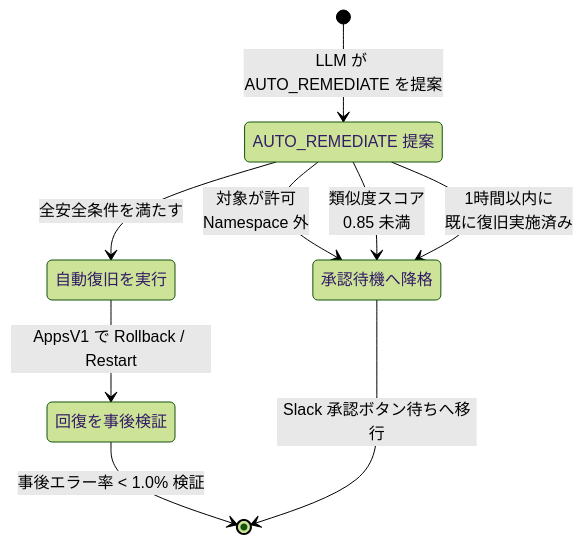
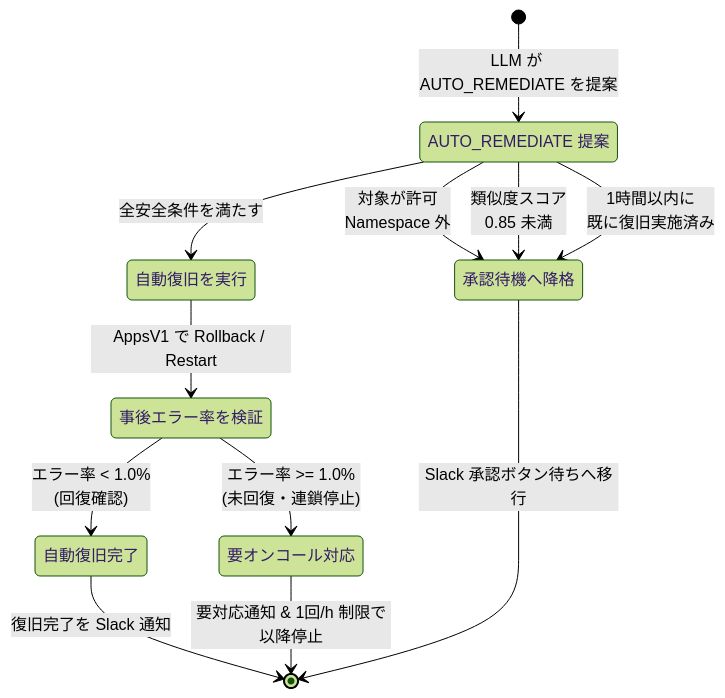
One commit to tyorikan/agentic-sre-handson changed the third of 4 diagrams in docs/04-auto-remediation-and-slack-hitl.md. Above: the diagram before and after it, drawn with Mermaid (forest theme). The commit also changed other lines of this file and 3 other files, not shown here.

Commit message:
docs,slack: clarify post-remediation failure escalation and improve diagrams

````diff
--- a/docs/04-auto-remediation-and-slack-hitl.md
+++ b/docs/04-auto-remediation-and-slack-hitl.md
@@ -67,16 +67,21 @@
 ```mermaid
 stateDiagram-v2
     state "AUTO_REMEDIATE 提案  " as ProposedAuto
     state "承認待機へ降格  " as DowngradedApproval
     state "自動復旧を実行  " as ExecuteAuto
-    state "回復を事後検証  " as PostVerify
+    state "事後エラー率を検証  " as PostVerify
+    state "自動復旧完了  " as Resolved
+    state "要オンコール対応  " as EscalateOnCall
 
     [*] --> ProposedAuto: LLM が AUTO_REMEDIATE を提案
     ProposedAuto --> DowngradedApproval: 対象が許可<br/>Namespace 外
     ProposedAuto --> DowngradedApproval: 類似度スコア<br/>0.85 未満
     ProposedAuto --> DowngradedApproval: 1時間以内に<br/>既に復旧実施済み
     ProposedAuto --> ExecuteAuto: 全安全条件を満たす
     ExecuteAuto --> PostVerify: AppsV1 で Rollback / Restart
-    PostVerify --> [*]: 事後エラー率 < 1.0% 検証
+    PostVerify --> Resolved: エラー率 < 1.0%<br/>(回復確認)
+    PostVerify --> EscalateOnCall: エラー率 >= 1.0%<br/>(未回復・連鎖停止)
+    Resolved --> [*]: 復旧完了を Slack 通知
+    EscalateOnCall --> [*]: 要対応通知 & 1回/h 制限で以降停止
     DowngradedApproval --> [*]: Slack 承認ボタン待ちへ移行
 ```
````
